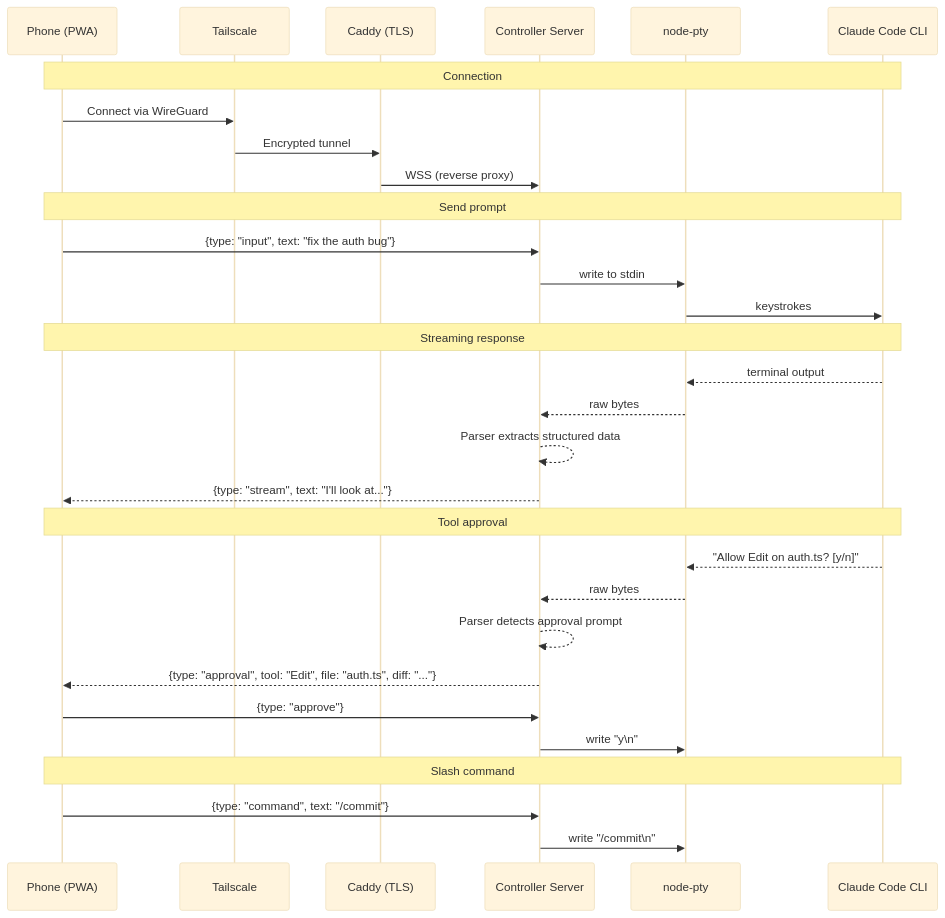
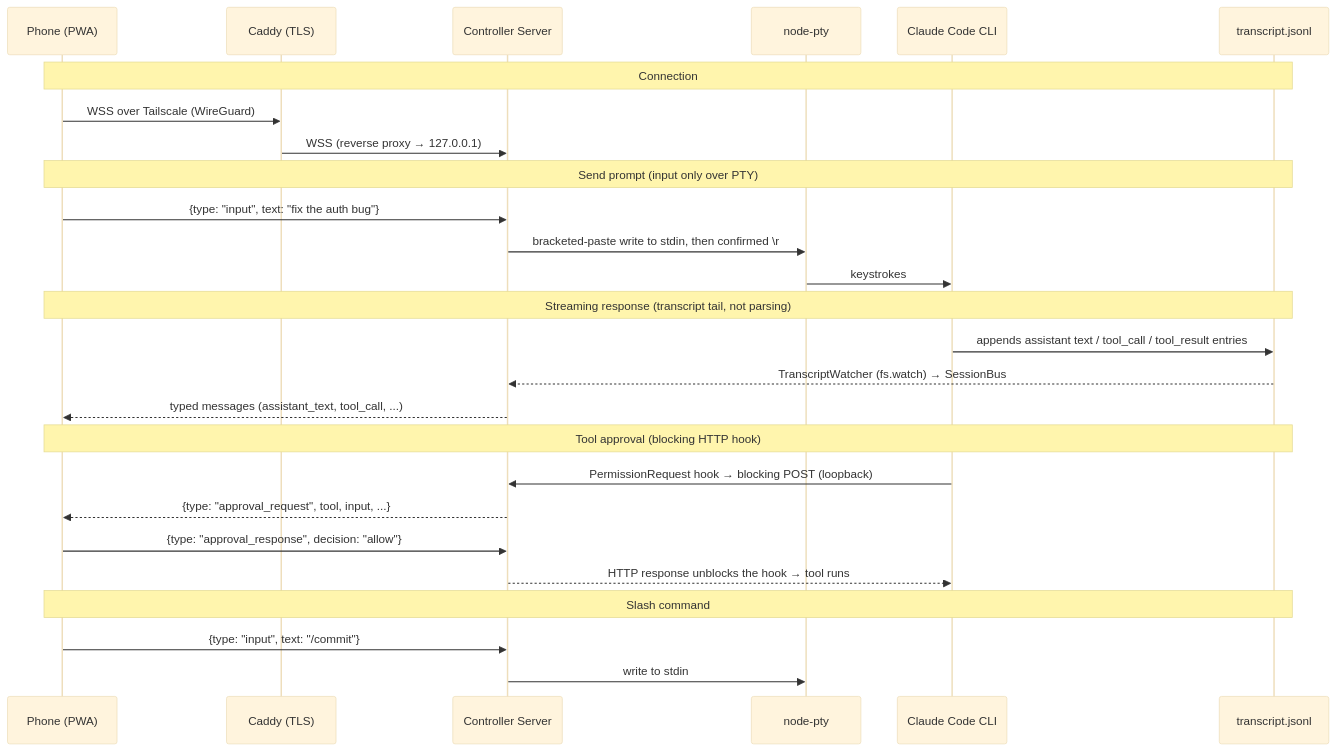
The second of 6 diagrams in README.md (jagnani73/claude-controller), drawn with Mermaid (base theme) before and after one commit. The commit also changed other lines of this file and 26 other files, not shown here.

Commit message:
feat: tailscale + caddy + lose ends

````diff
--- a/README.md
+++ b/README.md
@@ -126,37 +135,33 @@
 ```mermaid
 sequenceDiagram
     participant Phone as Phone (PWA)
-    participant TS as Tailscale
     participant Caddy as Caddy (TLS)
     participant Server as Controller Server
     participant PTY as node-pty
     participant Claude as Claude Code CLI
+    participant JSONL as transcript.jsonl
 
-    Note over Phone,Claude: Connection
-    Phone->>TS: Connect via WireGuard
-    TS->>Caddy: Encrypted tunnel
-    Caddy->>Server: WSS (reverse proxy)
+    Note over Phone,JSONL: Connection
+    Phone->>Caddy: WSS over Tailscale (WireGuard)
+    Caddy->>Server: WSS (reverse proxy → 127.0.0.1)
 
-    Note over Phone,Claude: Send prompt
+    Note over Phone,JSONL: Send prompt (input only over PTY)
     Phone->>Server: {type: "input", text: "fix the auth bug"}
-    Server->>PTY: write to stdin
+    Server->>PTY: bracketed-paste write to stdin, then confirmed \r
     PTY->>Claude: keystrokes
 
-    Note over Phone,Claude: Streaming response
-    Claude-->>PTY: terminal output
-    PTY-->>Server: raw bytes
-    Server-->>Server: Parser extracts structured data
-    Server-->>Phone: {type: "stream", text: "I'll look at..."}
+    Note over Phone,JSONL: Streaming response (transcript tail, not parsing)
+    Claude->>JSONL: appends assistant text / tool_call / tool_result entries
+    JSONL-->>Server: TranscriptWatcher (fs.watch) → SessionBus
+    Server-->>Phone: typed messages (assistant_text, tool_call, ...)
 
-    Note over Phone,Claude: Tool approval
-    Claude-->>PTY: "Allow Edit on auth.ts? [y/n]"
-    PTY-->>Server: raw bytes
-    Server-->>Server: Parser detects approval prompt
-    Server-->>Phone: {type: "approval", tool: "Edit", file: "auth.ts", diff: "..."}
-    Phone->>Server: {type: "approve"}
-    Server->>PTY: write "y\n"
+    Note over Phone,JSONL: Tool approval (blocking HTTP hook)
+    Claude->>Server: PermissionRequest hook → blocking POST (loopback)
+    Server-->>Phone: {type: "approval_request", tool, input, ...}
+    Phone->>Server: {type: "approval_response", decision: "allow"}
+    Server-->>Claude: HTTP response unblocks the hook → tool runs
 
-    Note over Phone,Claude: Slash command
-    Phone->>Server: {type: "command", text: "/commit"}
-    Server->>PTY: write "/commit\n"
+    Note over Phone,JSONL: Slash command
+    Phone->>Server: {type: "input", text: "/commit"}
+    Server->>PTY: write to stdin
 ```
````
